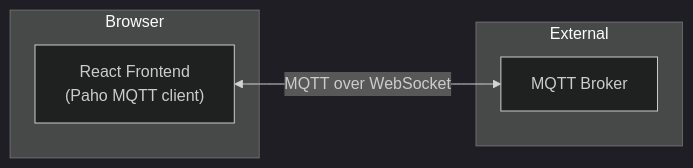
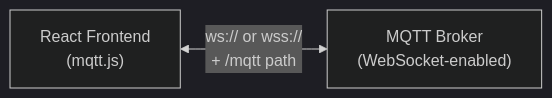
Before and after one commit to nimish-nirmal/uns-sentinel-explorer: the sixth of 6 diagrams in docs/ARCHITECTURE.md, drawn with Mermaid (dark theme). The commit also changed other lines of this file and 42 other files, not shown here.

````diff
--- a/docs/ARCHITECTURE.md
+++ b/docs/ARCHITECTURE.md
@@ -134,11 +171,4 @@
 ```mermaid
 flowchart LR
-    subgraph Browser["Browser"]
-        React["React Frontend<br/>(Paho MQTT client)"]
-    end
-    subgraph External["External"]
-        Broker["MQTT Broker"]
-    end
-
-    React <-->|"MQTT over WebSocket"| Broker
+    Browser["React Frontend<br/>(mqtt.js)"] <-->|"ws:// or wss://<br/>+ /mqtt path"| Broker["MQTT Broker<br/>(WebSocket-enabled)"]
 ```
````
